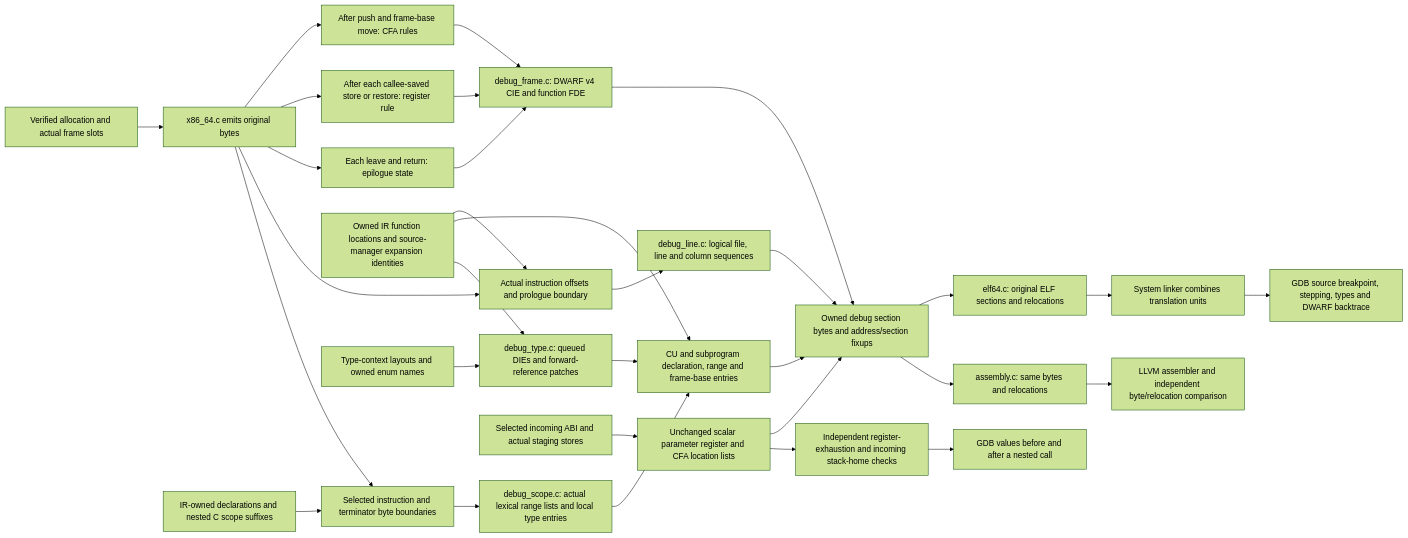
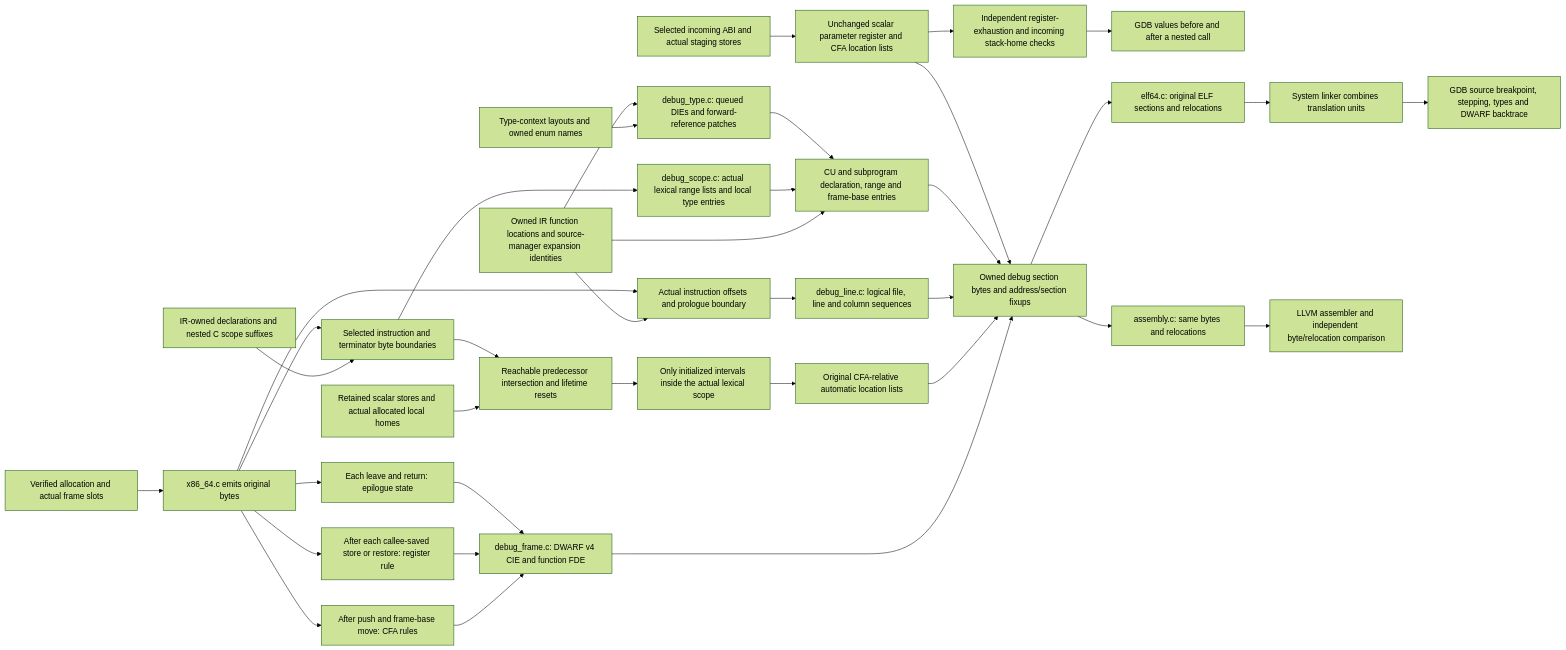
One commit to Aneesh495/cinder changed the diagram in docs/diagrams/debug-frame.mmd. Above: the diagram before and after it, drawn with Mermaid (forest theme). The commit also changed 23 other files, not shown here.

Commit message:
Track initialized scalar locals through native debug intervals

```diff
--- a/docs/diagrams/debug-frame.mmd
+++ b/docs/diagrams/debug-frame.mmd
@@ -1,31 +1,36 @@
 flowchart LR
     RA[Verified allocation and actual frame slots] --> E[x86_64.c emits original bytes]
     E --> P[After push and frame-base move: CFA rules]
     E --> S[After each callee-saved store or restore: register rule]
     E --> R[Each leave and return: epilogue state]
     P --> F[debug_frame.c: DWARF v4 CIE and function FDE]
     S --> F
     R --> F
     F --> O[Owned debug section bytes and address/section fixups]
     H[Owned IR function locations and source-manager expansion identities] --> ROW[Actual instruction offsets and prologue boundary]
     E --> ROW
     ROW --> LINE[debug_line.c: logical file, line and column sequences]
     H --> DIE[CU and subprogram declaration, range and frame-base entries]
     L[IR-owned declarations and nested C scope suffixes] --> POINT[Selected instruction and terminator byte boundaries]
     E --> POINT
     POINT --> SCOPE[debug_scope.c: actual lexical range lists and local type entries]
     SCOPE --> DIE
+    STORE[Retained scalar stores and actual allocated local homes] --> INIT[Reachable predecessor intersection and lifetime resets]
+    POINT --> INIT
+    INIT --> LIVE[Only initialized intervals inside the actual lexical scope]
+    LIVE --> LOCALS[Original CFA-relative automatic location lists]
+    LOCALS --> O
     LINE --> O
     DIE --> O
     T[Type-context layouts and owned enum names] --> TYPES[debug_type.c: queued DIEs and forward-reference patches]
     H --> TYPES
     TYPES --> DIE
     ABI[Selected incoming ABI and actual staging stores] --> LOC[Unchanged scalar parameter register and CFA location lists]
     LOC --> O
     LOC --> PARAM[Independent register-exhaustion and incoming stack-home checks]
     PARAM --> CALL[GDB values before and after a nested call]
     O --> ELF[elf64.c: original ELF sections and relocations]
     O --> ASM[assembly.c: same bytes and relocations]
     ELF --> LINK[System linker combines translation units]
     LINK --> G[GDB source breakpoint, stepping, types and DWARF backtrace]
     ASM --> CHECK[LLVM assembler and independent byte/relocation comparison]
```
